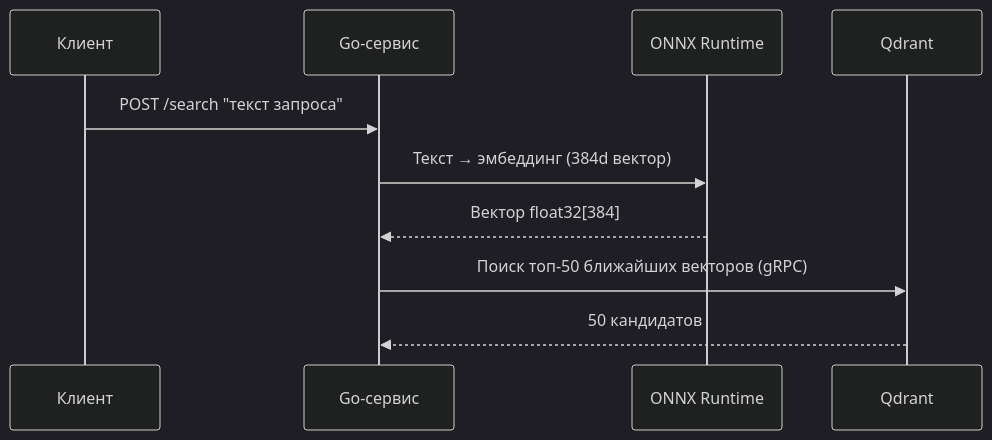
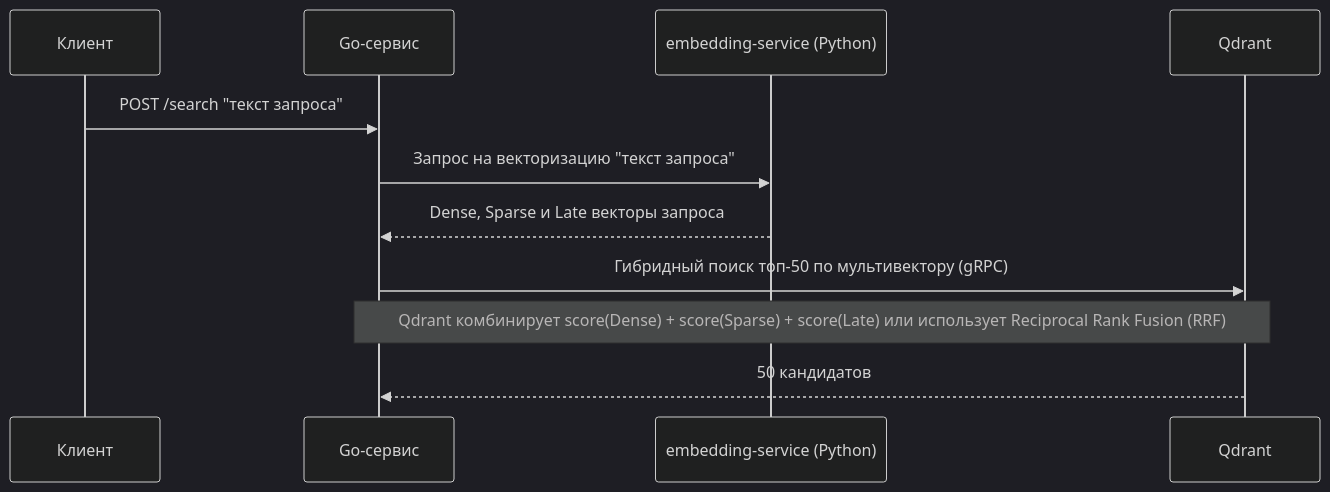
The first of 2 diagrams in doc/search_engine.md (Code0871/metrolog), drawn with Mermaid (dark theme) before and after one commit. The commit also changed other lines of this file, not shown here.

````diff
--- a/doc/search_engine.md
+++ b/doc/search_engine.md
@@ -66,13 +72,16 @@
 ```mermaid
 sequenceDiagram
     participant Client as Клиент
     participant Go as Go-сервис
-    participant ONNX as ONNX Runtime
+    participant Emb as embedding-service (Python)
     participant Qdrant as Qdrant
 
     Client->>Go: POST /search "текст запроса"
-    Go->>ONNX: Текст → эмбеддинг (384d вектор)
-    ONNX-->>Go: Вектор float32[384]
-    Go->>Qdrant: Поиск топ-50 ближайших векторов (gRPC)
+    
+    Go->>Emb: Запрос на векторизацию "текст запроса"
+    Emb-->>Go: Dense, Sparse и Late векторы запроса
+    
+    Go->>Qdrant: Гибридный поиск топ-50 по мультивектору (gRPC)
+    Note over Go, Qdrant: Qdrant комбинирует score(Dense) + score(Sparse) + score(Late) или использует Reciprocal Rank Fusion (RRF)
     Qdrant-->>Go: 50 кандидатов
 ```
````
